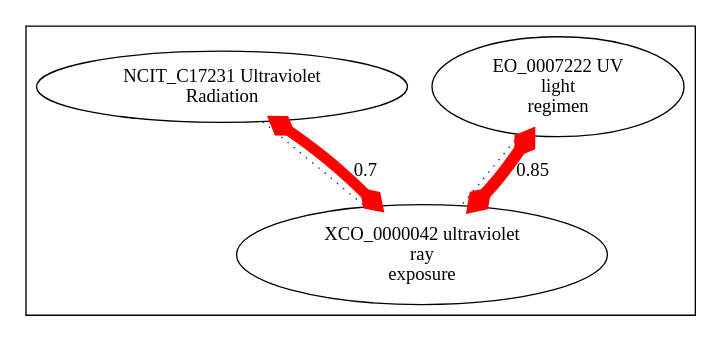
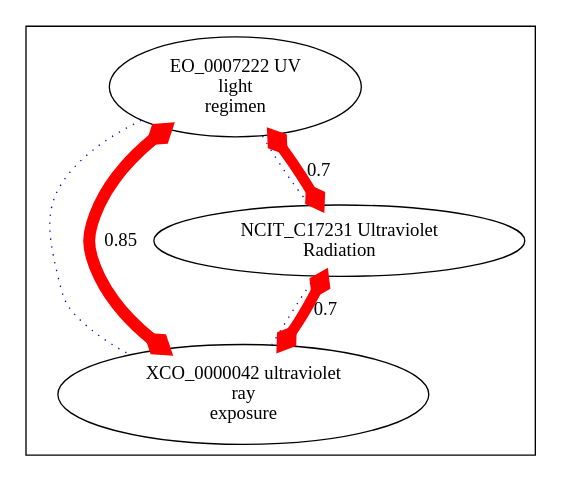
Before and after one commit to cmungall/radiation-ontology: the diagram in target/img-XCO_0000042.dot, drawn with Graphviz. The commit also changed 20 other files, not shown here.

```diff
--- a/target/img-XCO_0000042.dot
+++ b/target/img-XCO_0000042.dot
@@ -1,16 +1,20 @@
 digraph cliquegraph {
 subgraph cluster_XCO_0000042 {XCO_0000042 [ label="XCO_0000042 ultraviolet
 ray
 exposure" ];
 EO_0007222 [ label="EO_0007222 UV
 light
 regimen" ];
 NCIT_C17231 [ label="NCIT_C17231 Ultraviolet
 Radiation" ];}
+EO_0007222 -> NCIT_C17231 [ arrowhead = none, penwidth=1, color=blue, label="", style=dotted]
+
 EO_0007222 -> XCO_0000042 [ arrowhead = none, penwidth=1, color=blue, label="", style=dotted]
 
 NCIT_C17231 -> XCO_0000042 [ arrowhead = none, penwidth=1, color=blue, label="", style=dotted]
 EO_0007222 -> XCO_0000042 [ arrowhead = ediamond, penwidth=9, color=red, label="0.85", style=solid, arrowtail=ediamond, dir=both]
 
 NCIT_C17231 -> XCO_0000042 [ arrowhead = ediamond, penwidth=8, color=red, label="0.7", style=solid, arrowtail=ediamond, dir=both]
+
+EO_0007222 -> NCIT_C17231 [ arrowhead = ediamond, penwidth=8, color=red, label="0.7", style=solid, arrowtail=ediamond, dir=both]
 }
```
